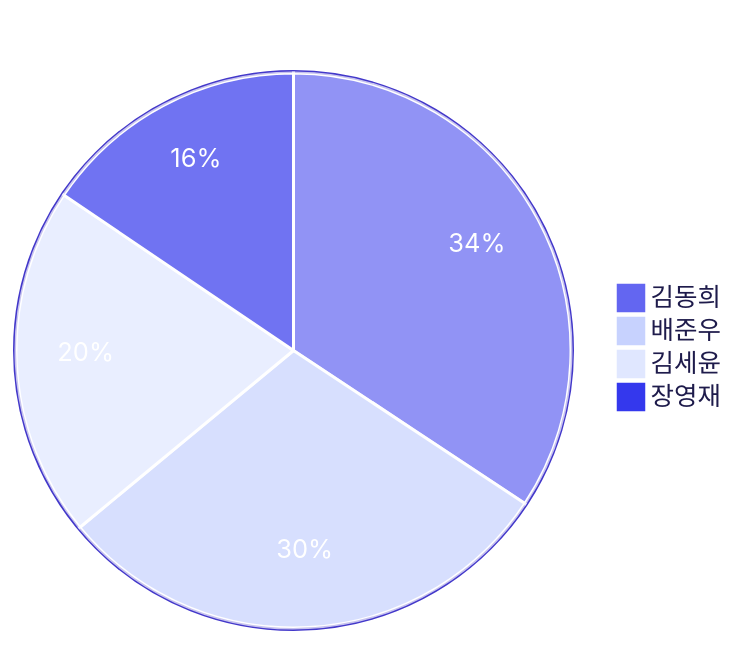
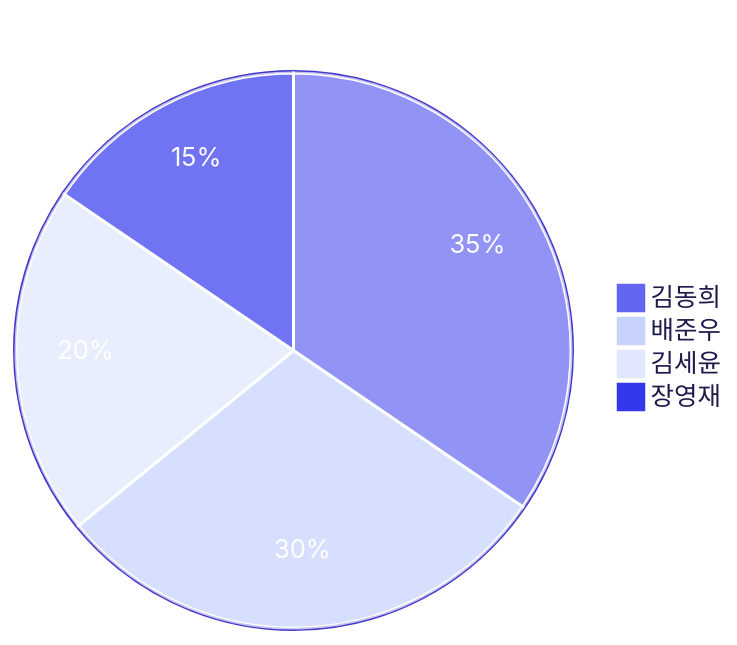
The third of 4 diagrams in README.md (3rd-project-team-1/ALYAC-market-team1), drawn with Mermaid before and after one commit. The commit also changed other lines of this file, not shown here.

````diff
--- a/README.md
+++ b/README.md
@@ -430,17 +430,17 @@
 ```mermaid
 %%{init: { 'theme': 'base', 'themeVariables': {
   'primaryColor': '#6366f1',
   'primaryTextColor': '#ffffff',
   'primaryBorderColor': '#4338ca',
   'secondaryColor': '#c7d2fe',
   'tertiaryColor': '#e0e7ff',
   'pieLegendTextColor': '#1e1b4b',
   'pieStrokeColor': '#ffffff',
   'pieOuterStrokeColor': '#4338ca'
 } } }%%
 pie title 기여자별 커밋 수
-  "김동희" : 201
+  "김동희" : 203
   "배준우" : 174
   "김세윤" : 120
   "장영재" : 91
 ```
````
